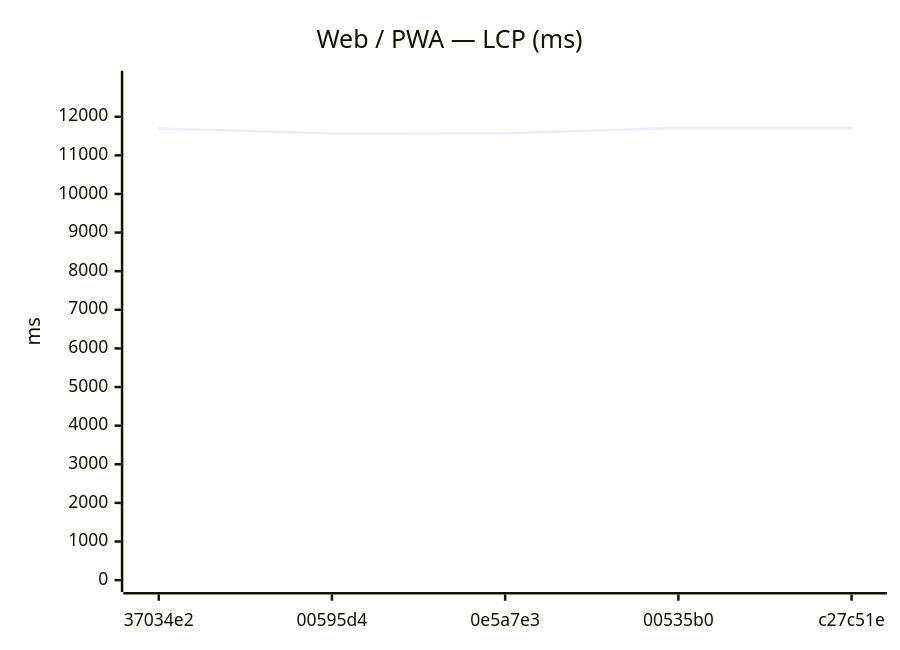
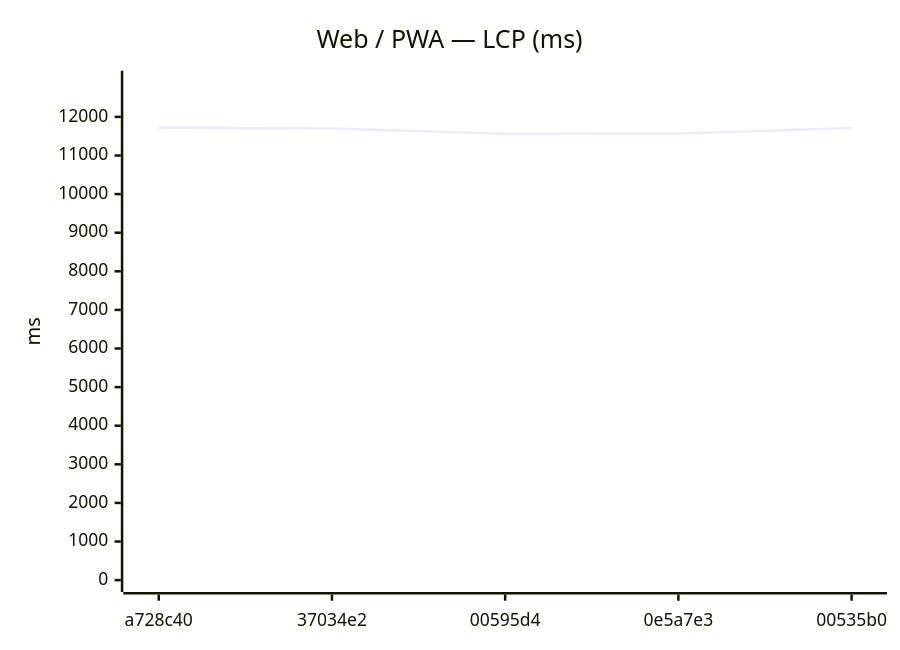
One commit to Metaheurist/Rianell changed the ninth of 24 diagrams in benchmarks/compare.md. Above: the diagram before and after it, drawn with Mermaid. The commit also changed other lines of this file and 12 other files, not shown here.

````diff
--- a/benchmarks/compare.md
+++ b/benchmarks/compare.md
@@ -136,7 +140,7 @@
 ```mermaid
 xychart-beta
     title "Web / PWA — LCP (ms)"
-    x-axis ["37034e2", "00595d4", "0e5a7e3", "00535b0", "c27c51e"]
-    y-axis "ms" 0 --> 12883
-    line [11698, 11566, 11571, 11711, 11699]
+    x-axis ["a728c40", "37034e2", "00595d4", "0e5a7e3", "00535b0"]
+    y-axis "ms" 0 --> 12888
+    line [11716, 11698, 11566, 11571, 11711]
 ```
````
